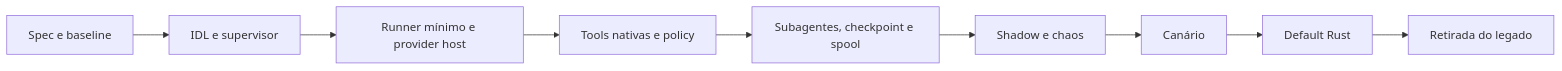
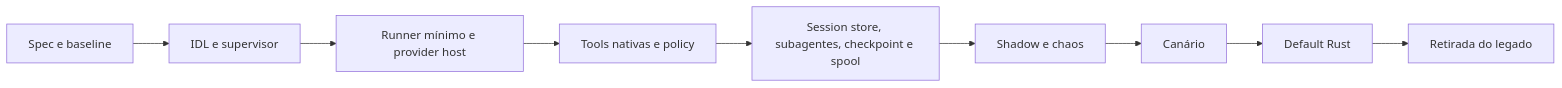
One commit to CodeStudio-Digital/code-indexer changed the diagram in docs/architecture/rust-agent-runtime/README.md. Above: the diagram before and after it, drawn with Mermaid. The commit also changed other lines of this file and 2813 other files, not shown here.

````diff
--- a/docs/architecture/rust-agent-runtime/README.md
+++ b/docs/architecture/rust-agent-runtime/README.md
@@ -147,11 +182,11 @@
 ```mermaid
 flowchart LR
     A["Spec e baseline"] --> B["IDL e supervisor"]
     B --> C["Runner mínimo e provider host"]
     C --> D["Tools nativas e policy"]
-    D --> E["Subagentes, checkpoint e spool"]
+    D --> E["Session store, subagentes, checkpoint e spool"]
     E --> F["Shadow e chaos"]
     F --> G["Canário"]
     G --> H["Default Rust"]
     H --> I["Retirada do legado"]
 ```
````
